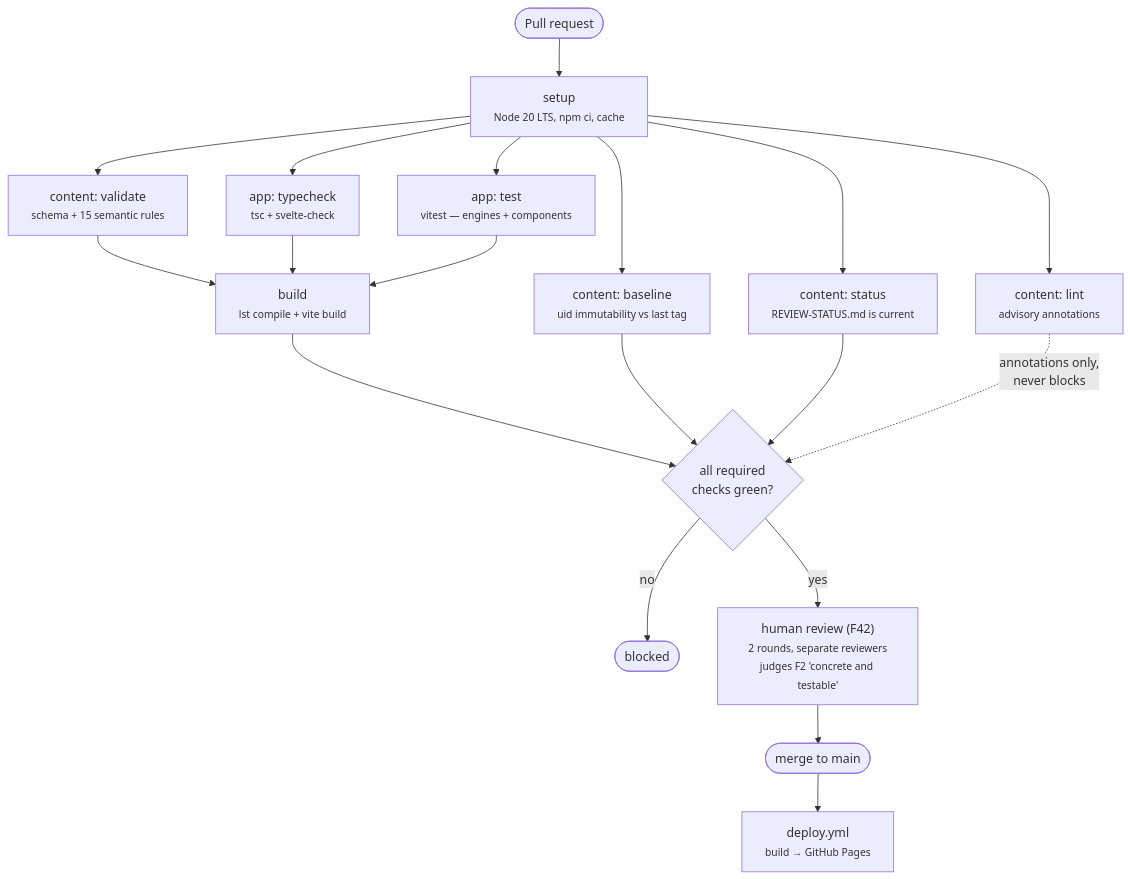
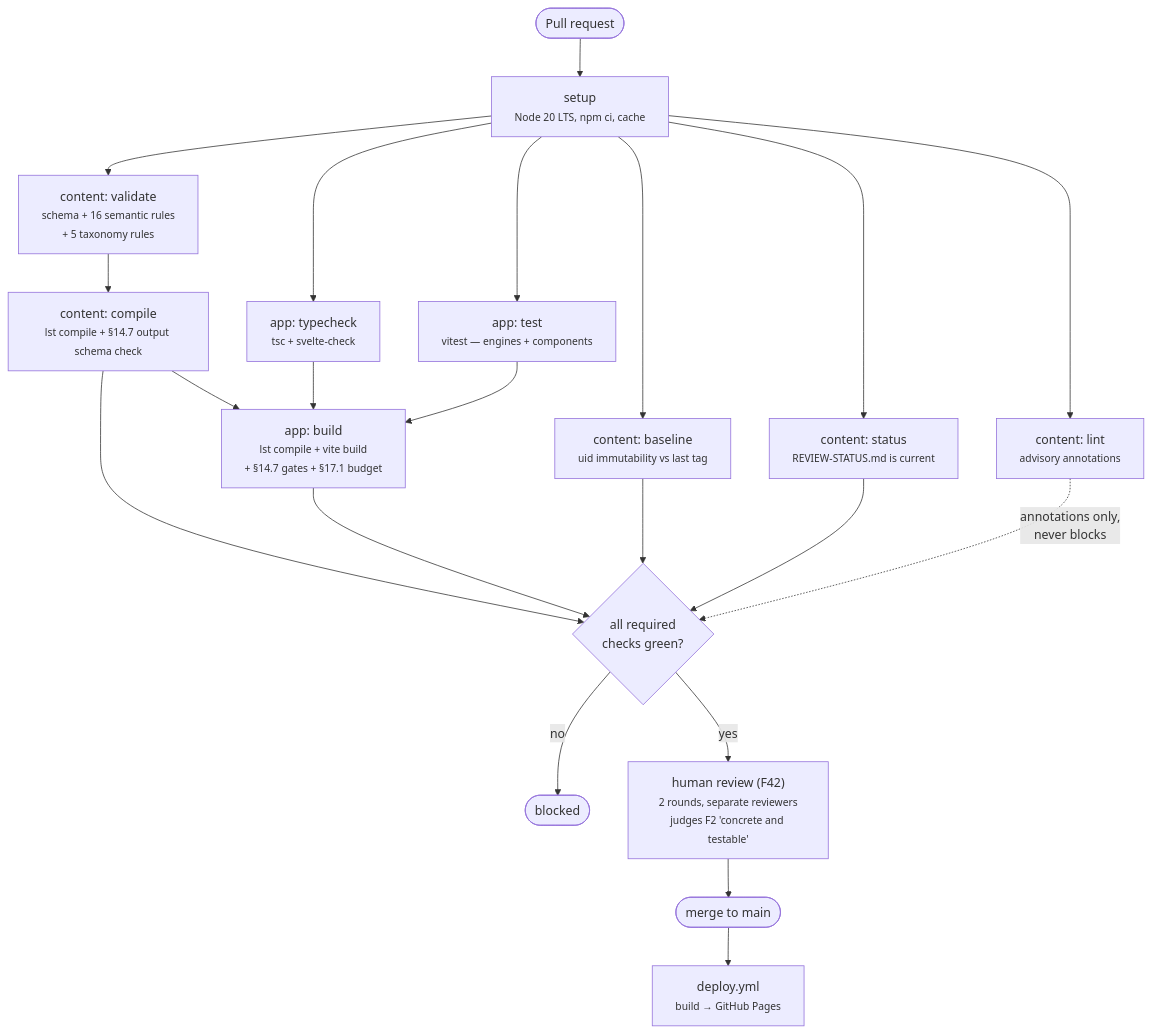
Before and after one commit to lifeskilltracker/lifeskilltracker.github.io: the diagram in .agent/tasks/T25-ci-and-deploy.md, drawn with Mermaid. The commit also changed other lines of this file and 16 other files, not shown here.

````diff
--- a/.agent/tasks/T25-ci-and-deploy.md
+++ b/.agent/tasks/T25-ci-and-deploy.md
@@ -126,25 +136,27 @@
 ```mermaid
 flowchart TD
     PR([Pull request]) --> SETUP["setup<br/><small>Node 20 LTS, npm ci, cache</small>"]
 
-    SETUP --> V["content: validate<br/><small>schema + 15 semantic rules</small>"]
+    SETUP --> V["content: validate<br/><small>schema + 16 semantic rules<br/>+ 5 taxonomy rules</small>"]
     SETUP --> B["content: baseline<br/><small>uid immutability vs last tag</small>"]
     SETUP --> L["content: lint<br/><small>advisory annotations</small>"]
     SETUP --> ST["content: status<br/><small>REVIEW-STATUS.md is current</small>"]
     SETUP --> TC["app: typecheck<br/><small>tsc + svelte-check</small>"]
     SETUP --> T["app: test<br/><small>vitest — engines + components</small>"]
 
-    V --> BUILD["build<br/><small>lst compile + vite build</small>"]
+    V --> CMP["content: compile<br/><small>lst compile + §14.7 output schema check</small>"]
+    CMP --> BUILD["app: build<br/><small>lst compile + vite build<br/>+ §14.7 gates + §17.1 budget</small>"]
     TC --> BUILD
     T --> BUILD
 
-    BUILD --> GATE{"all required<br/>checks green?"}
+    CMP --> GATE{"all required<br/>checks green?"}
+    BUILD --> GATE
     B --> GATE
     ST --> GATE
     L -. "annotations only,<br/>never blocks" .-> GATE
 
     GATE -->|no| FAIL([blocked])
     GATE -->|yes| REVIEW["human review (F42)<br/><small>2 rounds, separate reviewers<br/>judges F2 'concrete and testable'</small>"]
     REVIEW --> MERGE([merge to main])
     MERGE --> DEPLOY["deploy.yml<br/><small>build → GitHub Pages</small>"]
 ```
````
